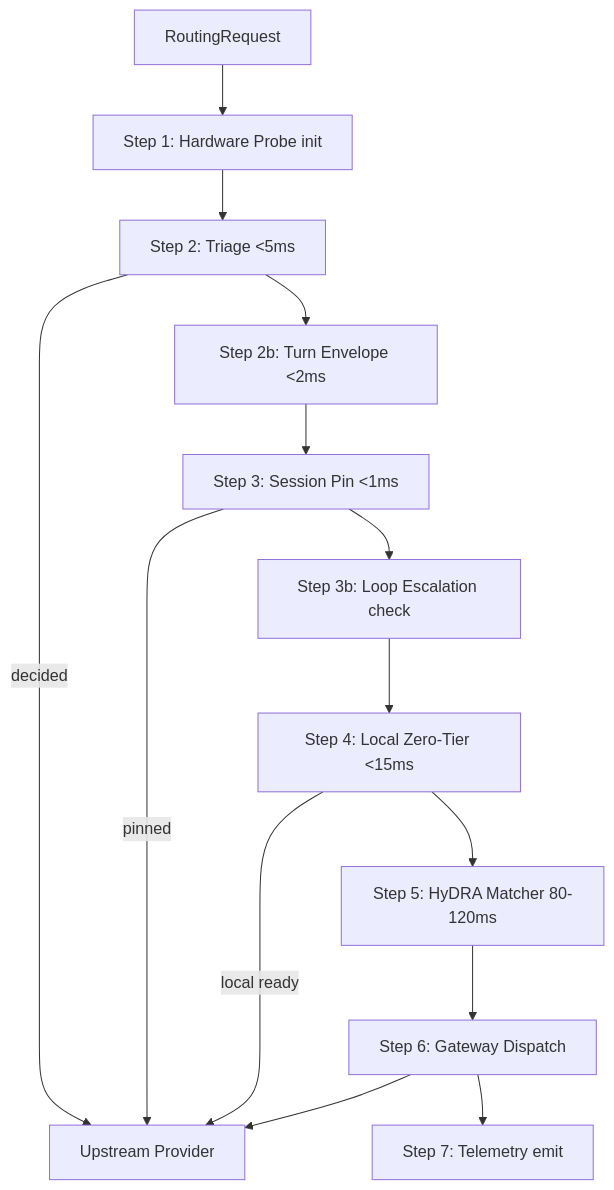
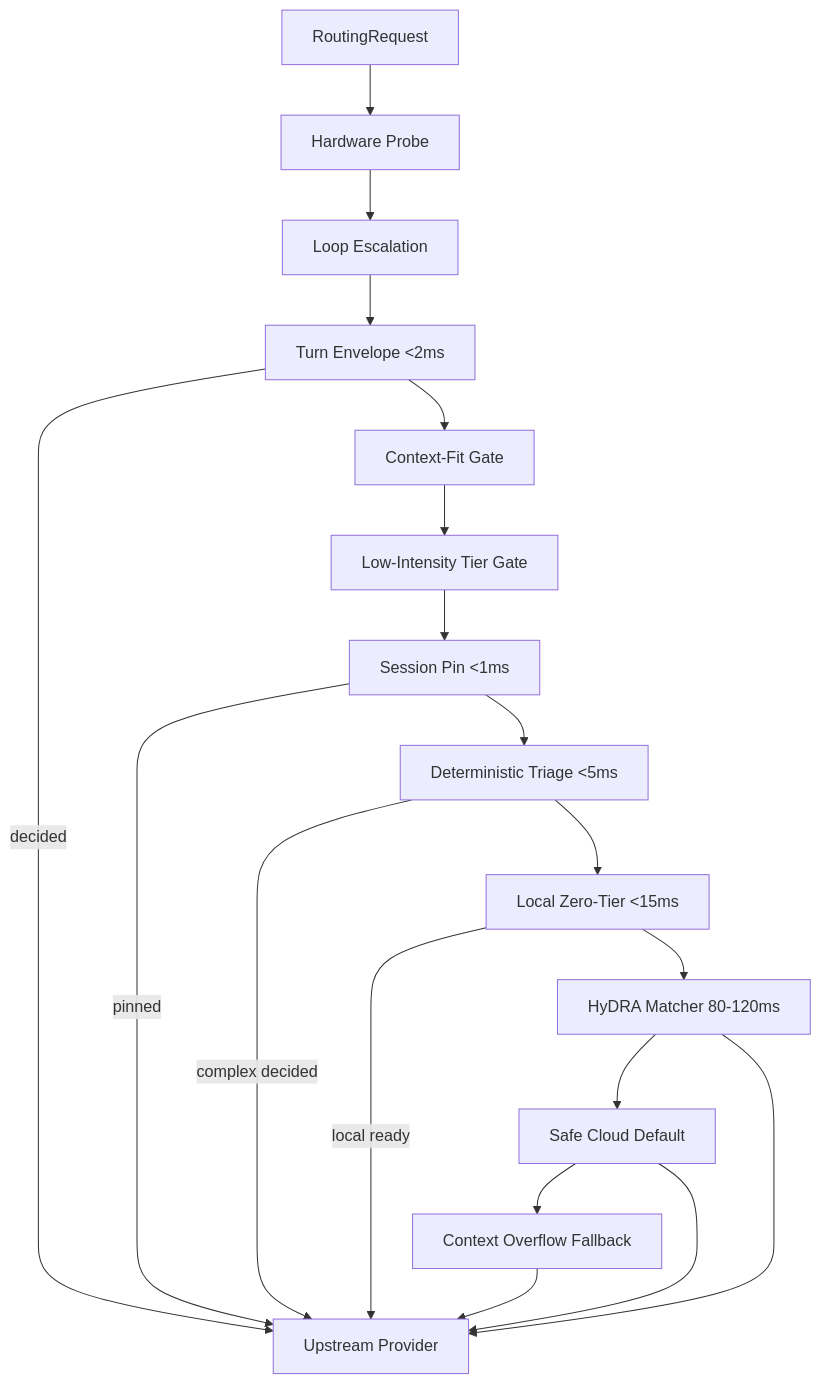
One commit to beettlle/pi-smart-router changed the diagram in specs/001-build-smart-router/plan.md. Above: the diagram before and after it, drawn with Mermaid. The commit also changed other lines of this file and 4 other files, not shown here.

````diff
--- a/specs/001-build-smart-router/plan.md
+++ b/specs/001-build-smart-router/plan.md
@@ -110,16 +110,21 @@
 ```mermaid
 flowchart TD
-  REQ[RoutingRequest] --> S1[Step 1: Hardware Probe init]
-  S1 --> S2[Step 2: Triage <5ms]
-  S2 -->|decided| DISPATCH
-  S2 --> S2b[Step 2b: Turn Envelope <2ms]
-  S2b --> S3[Step 3: Session Pin <1ms]
+  REQ[RoutingRequest] --> S1[Hardware Probe]
+  S1 --> S1b[Loop Escalation]
+  S1b --> S2b[Turn Envelope <2ms]
+  S2b -->|decided| DISPATCH
+  S2b --> S2c[Context-Fit Gate]
+  S2c --> S2d[Low-Intensity Tier Gate]
+  S2d --> S3[Session Pin <1ms]
   S3 -->|pinned| DISPATCH
-  S3 --> S3b[Step 3b: Loop Escalation check]
-  S3b --> S4[Step 4: Local Zero-Tier <15ms]
+  S3 --> S2[Deterministic Triage <5ms]
+  S2 -->|complex decided| DISPATCH
+  S2 --> S4[Local Zero-Tier <15ms]
   S4 -->|local ready| DISPATCH
-  S4 --> S5[Step 5: HyDRA Matcher 80-120ms]
-  S5 --> S6[Step 6: Gateway Dispatch]
-  S6 --> DISPATCH[Upstream Provider]
-  S6 --> S7[Step 7: Telemetry emit]
+  S4 --> S5[HyDRA Matcher 80-120ms]
+  S5 --> S6[Safe Cloud Default]
+  S6 --> S6b[Context Overflow Fallback]
+  S6b --> DISPATCH[Upstream Provider]
+  S6 --> DISPATCH
+  S5 --> DISPATCH
 ```
````
